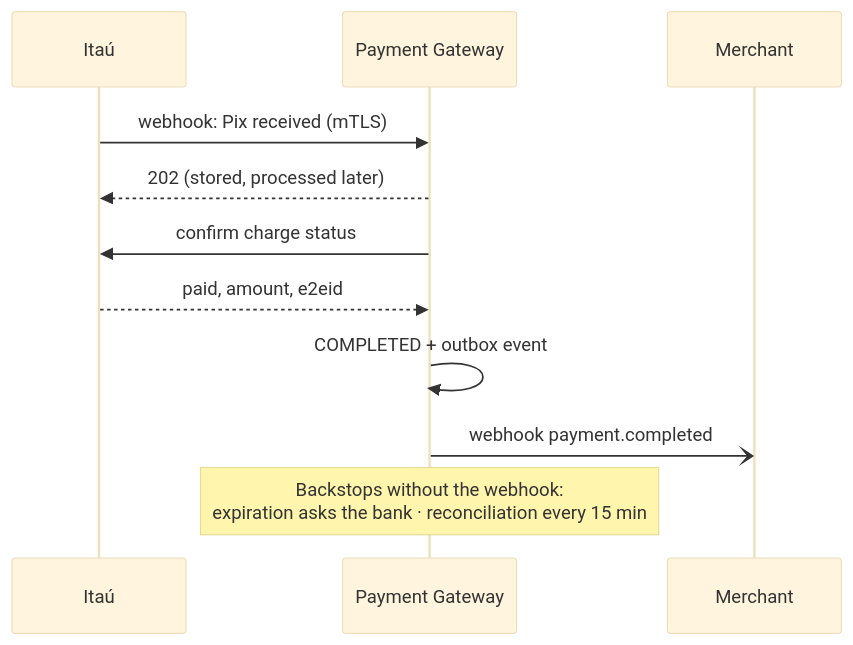
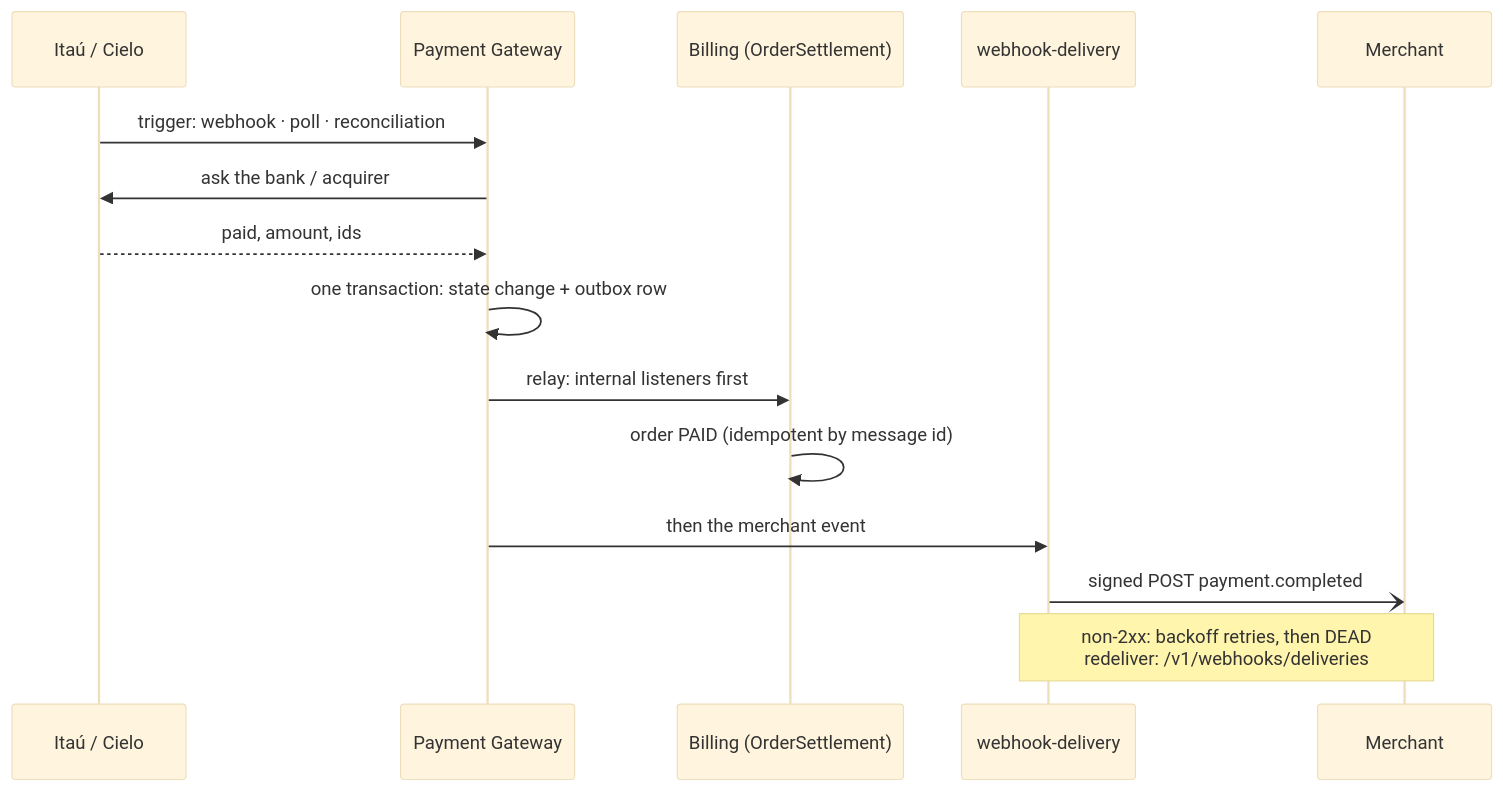
The diagram in docs/diagrams/getting-paid.mmd (leonardolermen/payment-gateway), drawn with Mermaid (base theme) before and after one commit. The commit also changed 14 other files, not shown here.

Commit message:
docs: architecture, diagrams and README catch up with billing, card and webhook deliveries

```diff
--- a/docs/diagrams/getting-paid.mmd
+++ b/docs/diagrams/getting-paid.mmd
@@ -1,12 +1,16 @@
 sequenceDiagram
-  participant B as Itaú
+  participant P as Itaú / Cielo
   participant GW as Payment Gateway
+  participant B as Billing (OrderSettlement)
+  participant WD as webhook-delivery
   participant M as Merchant
 
-  B->>GW: webhook: Pix received (mTLS)
-  GW-->>B: 202 (stored, processed later)
-  GW->>B: confirm charge status
-  B-->>GW: paid, amount, e2eid
-  GW->>GW: COMPLETED + outbox event
-  GW-)M: webhook payment.completed
-  Note over GW: Backstops without the webhook:<br/>expiration asks the bank · reconciliation every 15 min
+  P->>GW: trigger: webhook · poll · reconciliation
+  GW->>P: ask the bank / acquirer
+  P-->>GW: paid, amount, ids
+  GW->>GW: one transaction: state change + outbox row
+  GW->>B: relay: internal listeners first
+  B->>B: order PAID (idempotent by message id)
+  GW->>WD: then the merchant event
+  WD-)M: signed POST payment.completed
+  Note over WD,M: non-2xx: backoff retries, then DEAD<br/>redeliver: /v1/webhooks/deliveries
```
